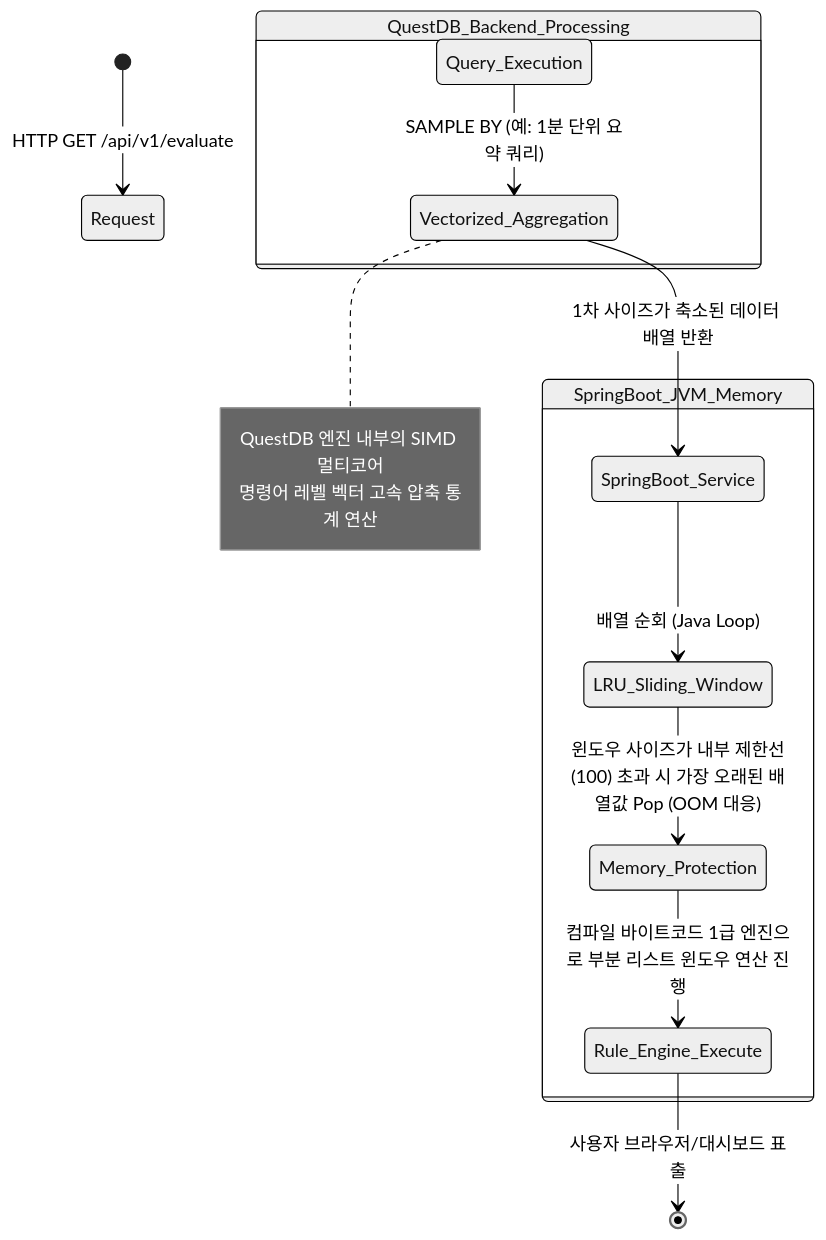
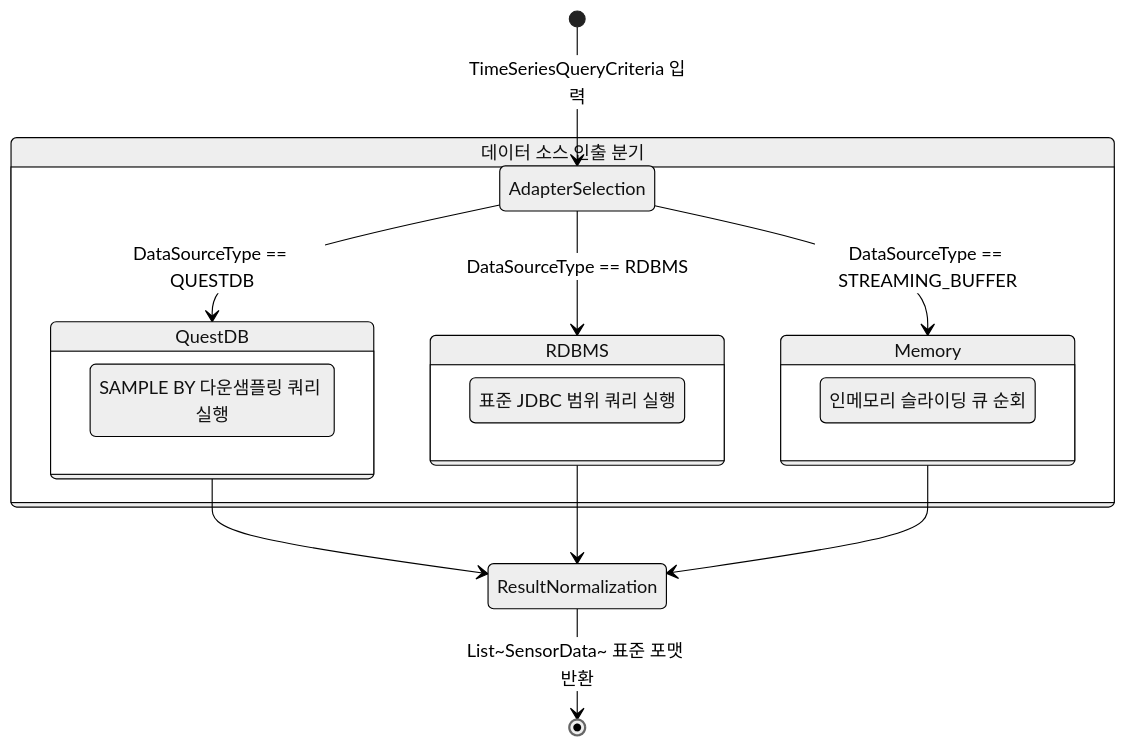
Before and after one commit to imoil/formula-evaluator-service: the fifth of 6 diagrams in ARCHITECTURE_GUIDE.md, drawn with Mermaid (neutral theme). The commit also changed other lines of this file and 2 other files, not shown here.

Commit message:
docs: update architecture guide, readme, and development harness for Gradle multi-module

````diff
--- a/ARCHITECTURE_GUIDE.md
+++ b/ARCHITECTURE_GUIDE.md
@@ -125,18 +247,28 @@
 ```mermaid
 stateDiagram-v2
-    [*] --> Request : HTTP GET /api/v1/evaluate 
+    [*] --> AdapterSelection : TimeSeriesQueryCriteria 입력
     
-    state QuestDB_Backend_Processing {
-        Query_Execution --> Vectorized_Aggregation : SAMPLE BY (예: 1분 단위 요약 쿼리)
-        Note right of Vectorized_Aggregation: QuestDB 엔진 내부의 SIMD 멀티코어<br/>명령어 레벨 벡터 고속 압축 통계 연산
+    state "데이터 소스 인출 분기" as Branching {
+        AdapterSelection --> QuestDB : DataSourceType == QUESTDB
+        AdapterSelection --> RDBMS : DataSourceType == RDBMS
+        AdapterSelection --> Memory : DataSourceType == STREAMING_BUFFER
     }
-    Vectorized_Aggregation --> SpringBoot_Service : 1차 사이즈가 축소된 데이터 배열 반환
+
+    state QuestDB {
+        ExecuteSampleBy : SAMPLE BY 다운샘플링 쿼리 실행
+    }
+
+    state RDBMS {
+        ExecuteJdbc : 표준 JDBC 범위 쿼리 실행
+    }
+
+    state Memory {
+        FetchRingBuffer : 인메모리 슬라이딩 큐 순회
+    }
+
+    QuestDB --> ResultNormalization
+    RDBMS --> ResultNormalization
+    Memory --> ResultNormalization
     
-    state SpringBoot_JVM_Memory {
-        SpringBoot_Service --> LRU_Sliding_Window : 배열 순회 (Java Loop)
-        LRU_Sliding_Window --> Memory_Protection : 윈도우 사이즈가 내부 제한선(100) 초과 시 가장 오래된 배열값 Pop (OOM 대응)
-        Memory_Protection --> Rule_Engine_Execute : 컴파일 바이트코드 1급 엔진으로 부분 리스트 윈도우 연산 진행
-    }
-    
-    Rule_Engine_Execute --> [*] : 사용자 브라우저/대시보드 표출
+    ResultNormalization --> [*] : List~SensorData~ 표준 포맷 반환
 ```
````
